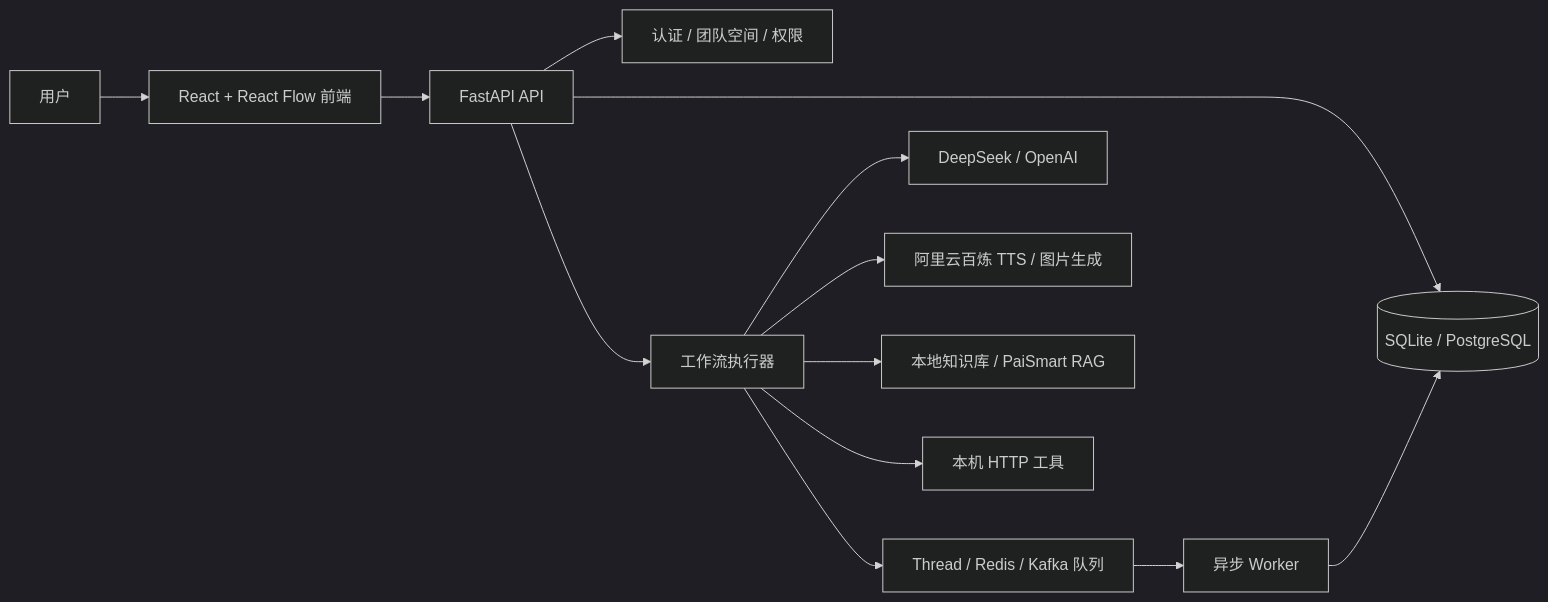
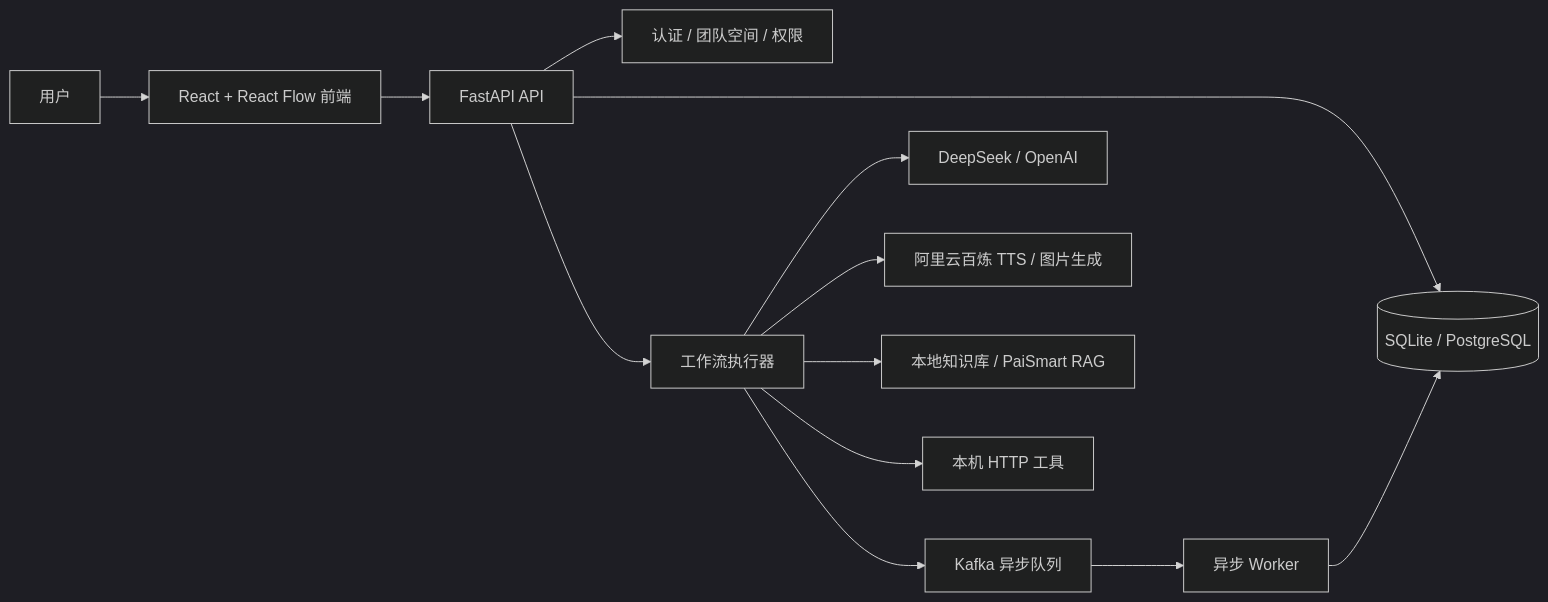
Before and after one commit to 996963759/workflow-studio: the diagram in README.md, drawn with Mermaid (dark theme). The commit also changed other lines of this file and 17 other files, not shown here.

First line of the commit message:
refactor: standardize async workflow queue on kafka

````diff
--- a/README.md
+++ b/README.md
@@ -37,15 +37,15 @@
 ```mermaid
 flowchart LR
   User[用户] --> Web[React + React Flow 前端]
   Web --> API[FastAPI API]
   API --> Auth[认证 / 团队空间 / 权限]
   API --> Store[(SQLite / PostgreSQL)]
   API --> Runner[工作流执行器]
-  Runner --> Queue[Thread / Redis / Kafka 队列]
+  Runner --> Queue[Kafka 异步队列]
   Queue --> Worker[异步 Worker]
   Runner --> LLM[DeepSeek / OpenAI]
   Runner --> DashScope[阿里云百炼 TTS / 图片生成]
   Runner --> RAG[本地知识库 / PaiSmart RAG]
   Runner --> Tool[本机 HTTP 工具]
   Worker --> Store
 ```
````
